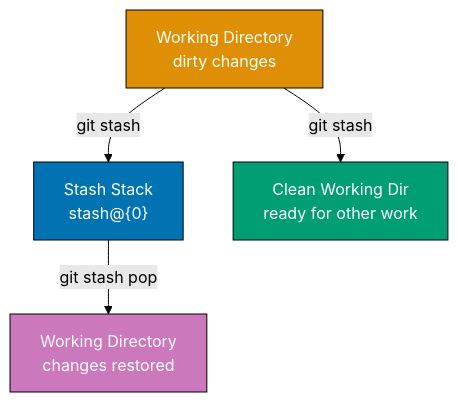
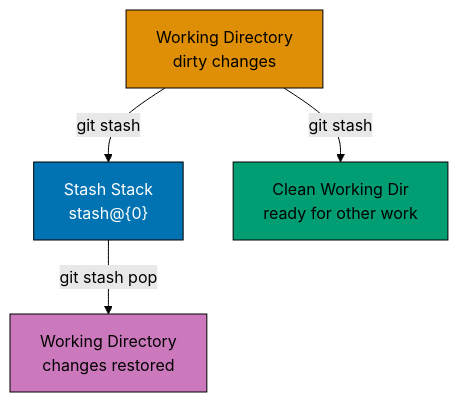
The third of 10 diagrams in apps/ayokoding-www/content/en/learn/legacy/software-engineering/automation-tools/git/by-example/intermediate.md (wahidyankf/ose-public), drawn with Mermaid (forest theme) before and after one commit. The commit also changed other lines of this file and 131 other files, not shown here.

First line of the commit message:
fix(mermaid): bring the legacy data, infrastructure, and testing diagrams onto the accessible palette

````diff
--- a/apps/ayokoding-www/content/en/learn/legacy/software-engineering/automation-tools/git/by-example/intermediate.md
+++ b/apps/ayokoding-www/content/en/learn/legacy/software-engineering/automation-tools/git/by-example/intermediate.md
@@ -223,17 +236,24 @@
 ```mermaid
 %% Color Palette: Blue #0173B2, Orange #DE8F05, Teal #029E73, Purple #CC78BC, Brown #CA9161
 graph TD
+    accTitle: Example 33: git stash save and pop
+    accDescr: Graph with 4 nodes and 3 connections. Nodes: Working Directory dirty changes, Stash Stack stash@0, Clean Working Dir ready for other work, Working Directory changes restored. Connections: Working Directory dirty changes to Stash Stack stash@0 (git stash), Working Directory dirty changes to Clean Working Dir ready for other work (git stash), Stash Stack stash@0 to Working Directory changes restored (git stash pop).
     A["Working Directory<br/>dirty changes"]
     B["Stash Stack<br/>stash@{0}"]
     C["Clean Working Dir<br/>ready for other work"]
     D["Working Directory<br/>changes restored"]
 
     A -->|git stash| B
     A -->|git stash| C
     B -->|git stash pop| D
 
-    style A fill:#DE8F05,stroke:#000,color:#fff
-    style B fill:#0173B2,stroke:#000,color:#fff
-    style C fill:#029E73,stroke:#000,color:#fff
-    style D fill:#CC78BC,stroke:#000,color:#fff
+    classDef pal-DE8F05 fill:#DE8F05,stroke:#000000,color:#000000
+    class A pal-DE8F05
+    classDef pal-0173B2 fill:#0173B2,stroke:#000000,color:#FFFFFF
+    class B pal-0173B2
+    classDef pal-029E73 fill:#029E73,stroke:#000000,color:#000000
+    class C pal-029E73
+    classDef pal-CC78BC fill:#CC78BC,stroke:#000000,color:#000000
+    class D pal-CC78BC
+    classDef default fill:#FFFFFF,stroke:#000000,color:#000000
 ```
````
